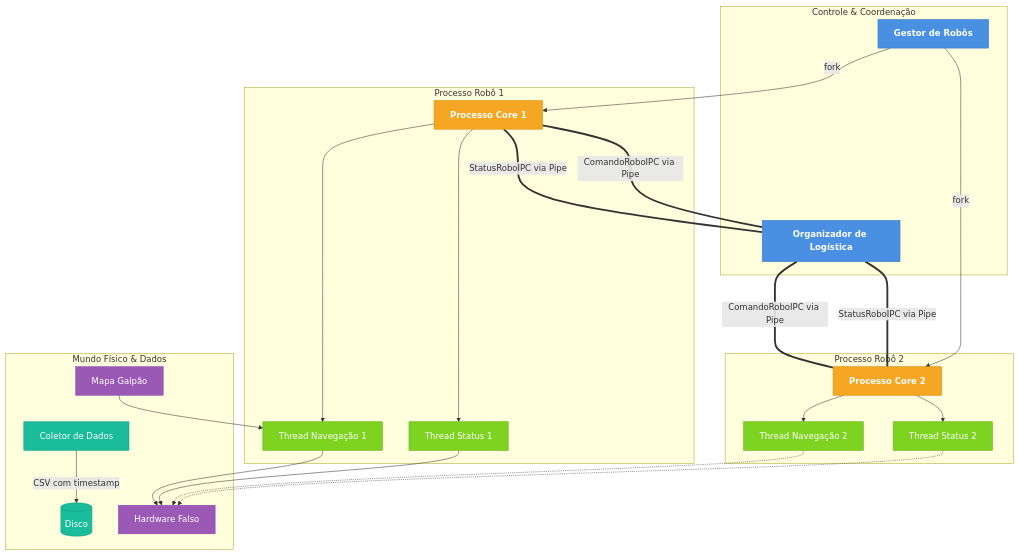
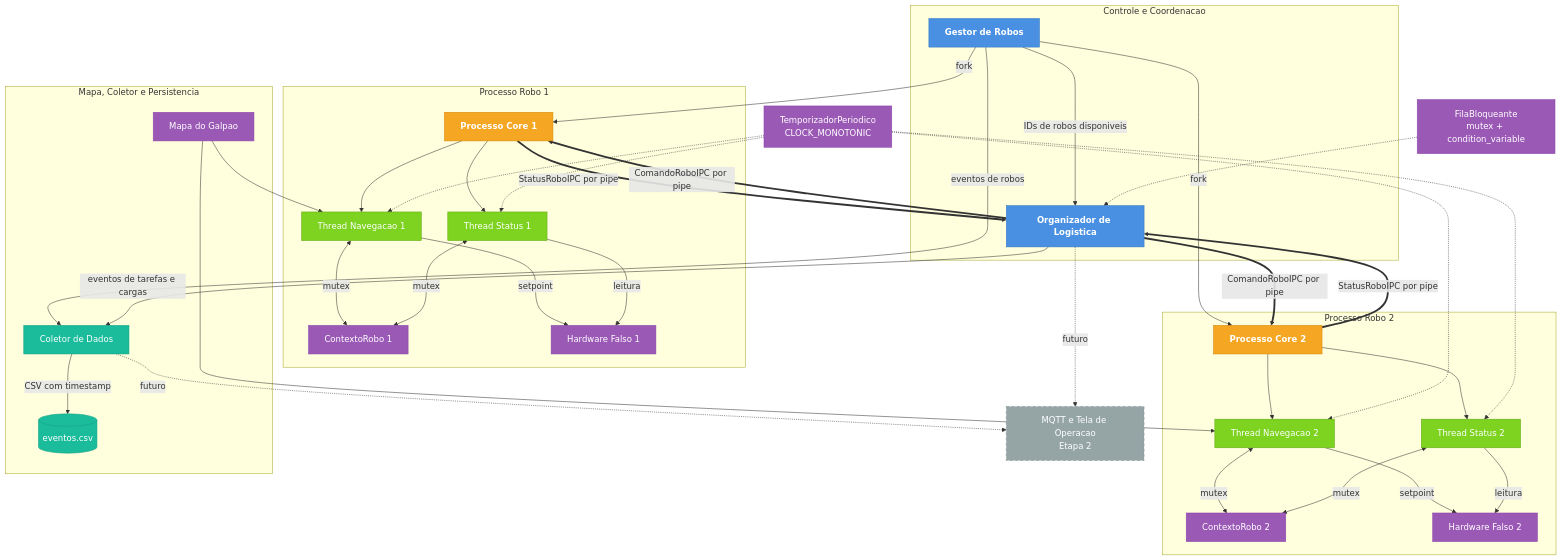
One commit to lsaamaral/TrabalhoRobosMoveis changed the diagram in README.md. Above: the diagram before and after it, drawn with Mermaid.

Commit message:
melhorando mermaid

````diff
--- a/README.md
+++ b/README.md
@@ -34,59 +34,85 @@
     classDef thread fill:#7ED321,stroke:#62A814,color:#fff;
     classDef infra fill:#9B59B6,stroke:#8E44AD,color:#fff;
     classDef dados fill:#1ABC9C,stroke:#16A085,color:#fff;
+    classDef futuro fill:#95A5A6,stroke:#7F8C8D,color:#fff,stroke-dasharray: 5 5;
 
-    subgraph Camada_Controle [Controle & Coordenação]
-        G[Gestor de Robôs]
-        O[Organizador de Logística]
+    subgraph Controle["Controle e Coordenacao"]
+        G["Gestor de Robos"]
+        O["Organizador de Logistica"]
     end
     class G,O gerencia;
 
-    subgraph Robô_1 [Processo Robô 1]
-        P1[Processo Core 1]
-        N1[Thread Navegação 1]
-        S1[Thread Status 1]
-        
+    subgraph Robo1["Processo Robo 1"]
+        P1["Processo Core 1"]
+        N1["Thread Navegacao 1"]
+        S1["Thread Status 1"]
+        CTX1["ContextoRobo 1"]
+        H1["Hardware Falso 1"]
+
         P1 --> N1
         P1 --> S1
+        N1 <-->|mutex| CTX1
+        S1 <-->|mutex| CTX1
+        N1 -->|setpoint| H1
+        S1 -->|leitura| H1
     end
     class P1 processo;
     class N1,S1 thread;
+    class CTX1,H1 infra;
 
-    subgraph Robô_2 [Processo Robô 2]
-        P2[Processo Core 2]
-        N2[Thread Navegação 2]
-        S2[Thread Status 2]
-        
+    subgraph Robo2["Processo Robo 2"]
+        P2["Processo Core 2"]
+        N2["Thread Navegacao 2"]
+        S2["Thread Status 2"]
+        CTX2["ContextoRobo 2"]
+        H2["Hardware Falso 2"]
+
         P2 --> N2
         P2 --> S2
+        N2 <-->|mutex| CTX2
+        S2 <-->|mutex| CTX2
+        N2 -->|setpoint| H2
+        S2 -->|leitura| H2
     end
     class P2 processo;
     class N2,S2 thread;
+    class CTX2,H2 infra;
 
-    subgraph Infra [Mundo Físico & Dados]
-        H1[Hardware Falso]
-        M[Mapa Galpão]
-        C[Coletor de Dados]
-        D[(Disco)]
+    subgraph Dados["Mapa, Coletor e Persistencia"]
+        M["Mapa do Galpao"]
+        C["Coletor de Dados"]
+        D[("eventos.csv")]
     end
-    class H1,M infra;
+    class M infra;
     class C,D dados;
 
     G -->|fork| P1
     G -->|fork| P2
+    G -->|IDs de robos disponiveis| O
 
-    O ====|ComandoRoboIPC via Pipe| P1
-    O ====|ComandoRoboIPC via Pipe| P2
-    P1 ====|StatusRoboIPC via Pipe| O
-    P2 ====|StatusRoboIPC via Pipe| O
+    O ==>|ComandoRoboIPC por pipe| P1
+    O ==>|ComandoRoboIPC por pipe| P2
+    P1 ==>|StatusRoboIPC por pipe| O
+    P2 ==>|StatusRoboIPC por pipe| O
 
     M --> N1
-    N1 --> H1
-    S1 --> H1
-    
-    N2 -.-> H1
-    S2 -.-> H1
+    M --> N2
 
+    G -->|eventos de robos| C
+    O -->|eventos de tarefas e cargas| C
     C -->|CSV com timestamp| D
 
+    F["FilaBloqueante<br/>mutex + condition_variable"]
+    T["TemporizadorPeriodico<br/>CLOCK_MONOTONIC"]
+    class F,T infra;
+    F -.-> O
+    T -.-> N1
+    T -.-> S1
+    T -.-> N2
+    T -.-> S2
+
+    MQTT["MQTT e Tela de Operacao<br/>Etapa 2"]
+    class MQTT futuro;
+    O -.->|futuro| MQTT
+    C -.->|futuro| MQTT
 ```
````
